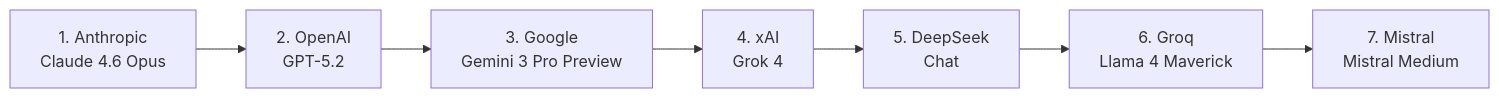
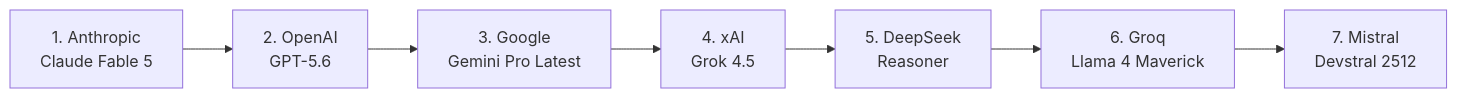
One commit to lofcz/LlmTornado changed the third of 7 diagrams in src/LlmTornado.Cli.Core/docs/08-provider-detection.md. Above: the diagram before and after it, drawn with Mermaid. The commit also changed other lines of this file and 14 other files, not shown here.

````diff
--- a/src/LlmTornado.Cli.Core/docs/08-provider-detection.md
+++ b/src/LlmTornado.Cli.Core/docs/08-provider-detection.md
@@ -71,9 +71,9 @@
 ```mermaid
 graph LR
-    A["1. Anthropic<br/>Claude 4.6 Opus"] --> B["2. OpenAI<br/>GPT-5.2"]
-    B --> C["3. Google<br/>Gemini 3 Pro Preview"]
-    C --> D["4. xAI<br/>Grok 4"]
-    D --> E["5. DeepSeek<br/>Chat"]
+    A["1. Anthropic<br/>Claude Fable 5"] --> B["2. OpenAI<br/>GPT-5.6"]
+    B --> C["3. Google<br/>Gemini Pro Latest"]
+    C --> D["4. xAI<br/>Grok 4.5"]
+    D --> E["5. DeepSeek<br/>Reasoner"]
     E --> F["6. Groq<br/>Llama 4 Maverick"]
-    F --> G["7. Mistral<br/>Mistral Medium"]
+    F --> G["7. Mistral<br/>Devstral 2512"]
 ```
````
